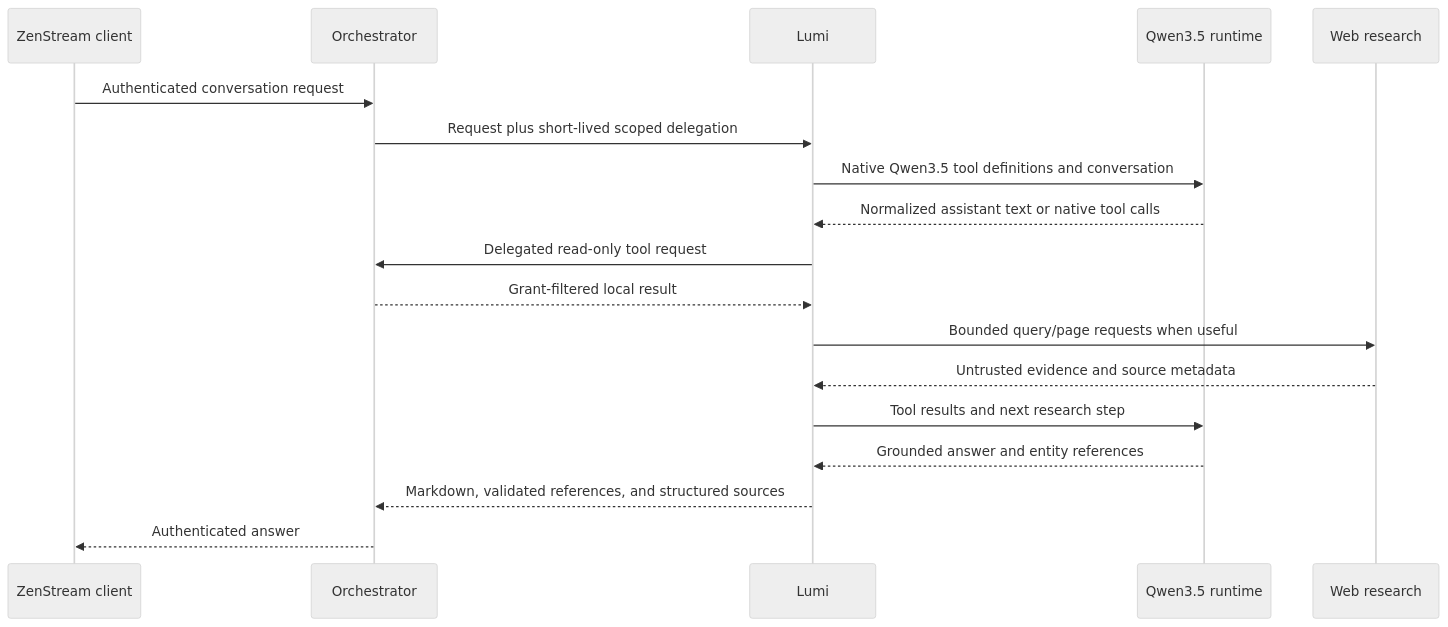
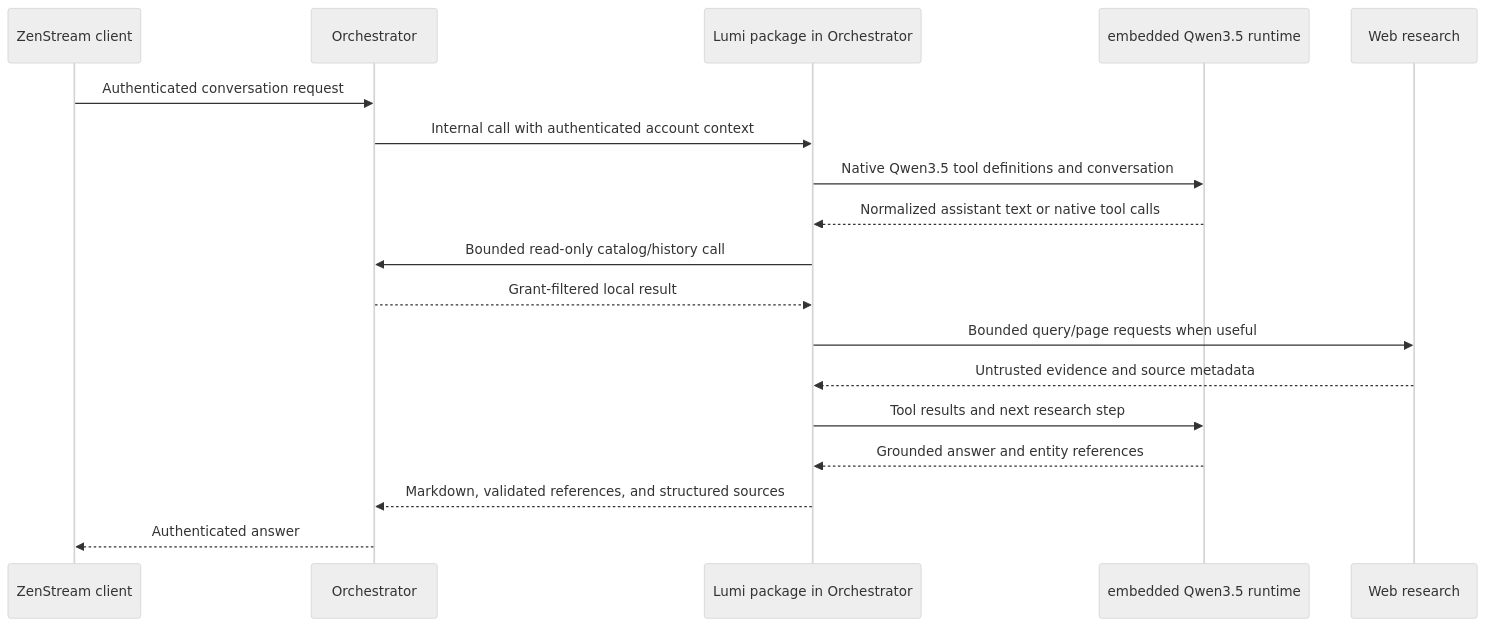
Before and after one commit to Loco-CTO/zenstream-lumi: the diagram in docs/architecture.md, drawn with Mermaid (neutral theme). The commit also changed other lines of this file and 5 other files, not shown here.

Commit message:
feat(runtime): add in-process qwen inference

````diff
--- a/docs/architecture.md
+++ b/docs/architecture.md
@@ -32,20 +32,20 @@
 ```mermaid
 sequenceDiagram
     participant C as ZenStream client
     participant O as Orchestrator
-    participant L as Lumi
-    participant R as Qwen3.5 runtime
+    participant L as Lumi package in Orchestrator
+    participant R as embedded Qwen3.5 runtime
     participant W as Web research
     C->>O: Authenticated conversation request
-    O->>L: Request plus short-lived scoped delegation
+    O->>L: Internal call with authenticated account context
     L->>R: Native Qwen3.5 tool definitions and conversation
     R-->>L: Normalized assistant text or native tool calls
-    L->>O: Delegated read-only tool request
+    L->>O: Bounded read-only catalog/history call
     O-->>L: Grant-filtered local result
     L->>W: Bounded query/page requests when useful
     W-->>L: Untrusted evidence and source metadata
     L->>R: Tool results and next research step
     R-->>L: Grounded answer and entity references
     L-->>O: Markdown, validated references, and structured sources
     O-->>C: Authenticated answer
 ```
````
